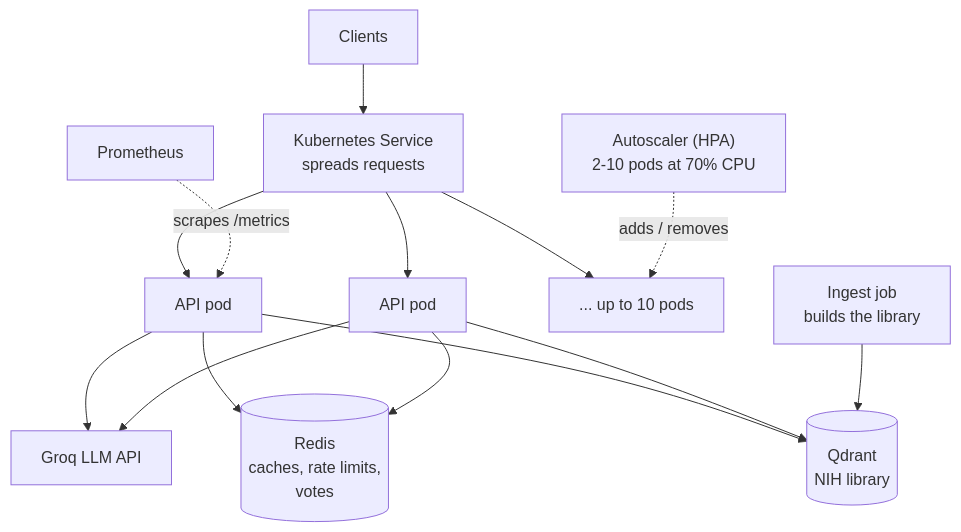
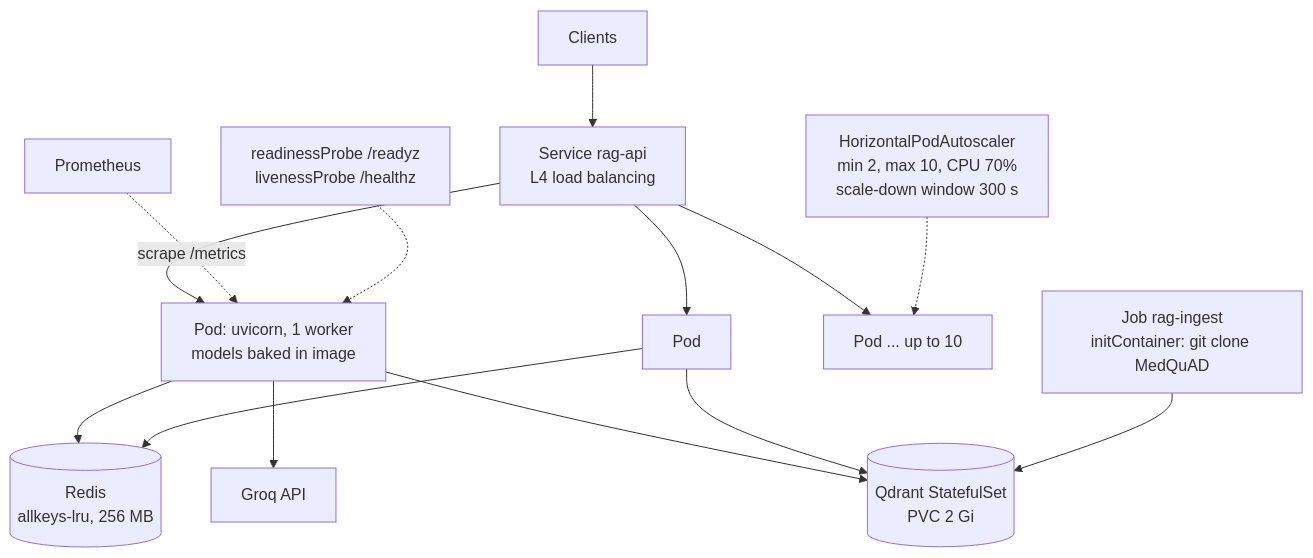
Diagram 13 of 13 in README.md (pavanaditya123/healthcare-rag-assistant), drawn with Mermaid before and after one commit. The commit also changed other lines of this file, not shown here.

Commit message:
README: technical diagrams per component, each followed by an everyday explanation

````diff
--- a/README.md
+++ b/README.md
@@ -577,16 +588,16 @@
 ```mermaid
 flowchart TD
-    C["Clients"] --> SVC["Kubernetes Service<br/>spreads requests"]
-    SVC --> P1["API pod"]
-    SVC --> P2["API pod"]
-    SVC --> P3["... up to 10 pods"]
-    HPA["Autoscaler (HPA)<br/>2-10 pods at 70% CPU"] -. "adds / removes" .-> P3
-    P1 --> QD[("Qdrant<br/>NIH library")]
+    CL["Clients"] --> SVC["Service rag-api<br/>L4 load balancing"]
+    SVC --> P1["Pod: uvicorn, 1 worker<br/>models baked in image"]
+    SVC --> P2["Pod"]
+    SVC --> PN["Pod ... up to 10"]
+    HPA["HorizontalPodAutoscaler<br/>min 2, max 10, CPU 70%<br/>scale-down window 300 s"] -.-> PN
+    P1 --> QD[("Qdrant StatefulSet<br/>PVC 2 Gi")]
     P2 --> QD
-    P1 --> RD[("Redis<br/>caches, rate limits,<br/>votes")]
+    P1 --> RD[("Redis<br/>allkeys-lru, 256 MB")]
     P2 --> RD
-    P1 --> GQ["Groq LLM API"]
-    P2 --> GQ
-    JOB["Ingest job<br/>builds the library"] --> QD
-    PR["Prometheus"] -. "scrapes /metrics" .-> P1
+    P1 --> GQ["Groq API"]
+    JOB["Job rag-ingest<br/>initContainer: git clone MedQuAD"] --> QD
+    PROM["Prometheus"] -. "scrape /metrics" .-> P1
+    RP["readinessProbe /readyz<br/>livenessProbe /healthz"] -.-> P1
 ```
````
